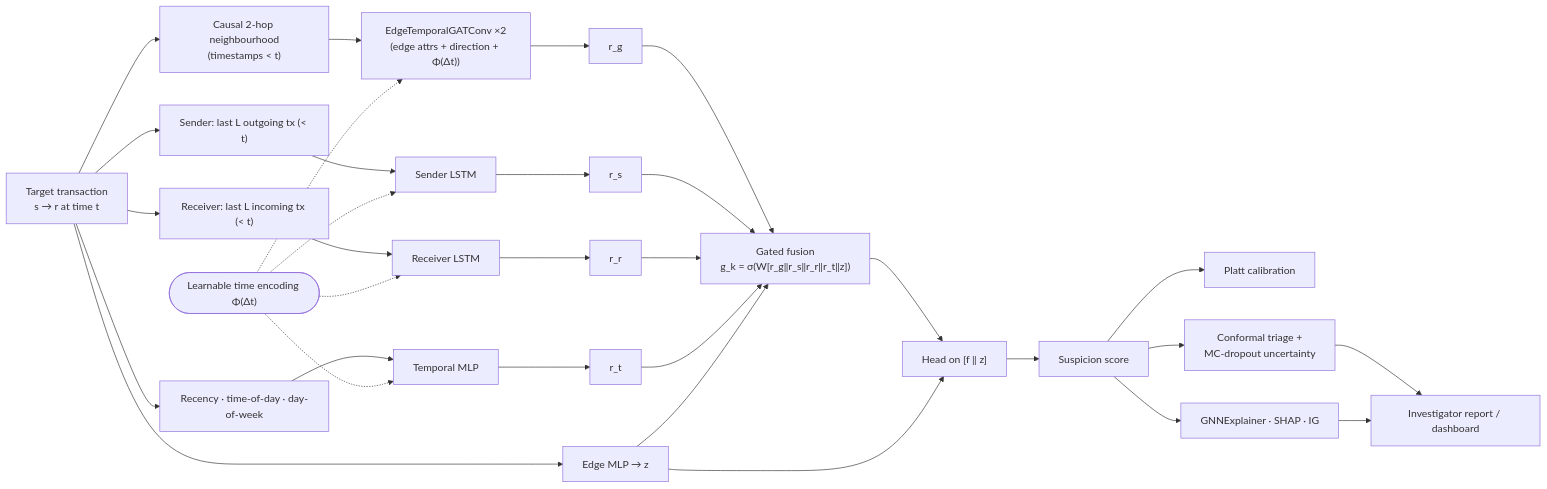
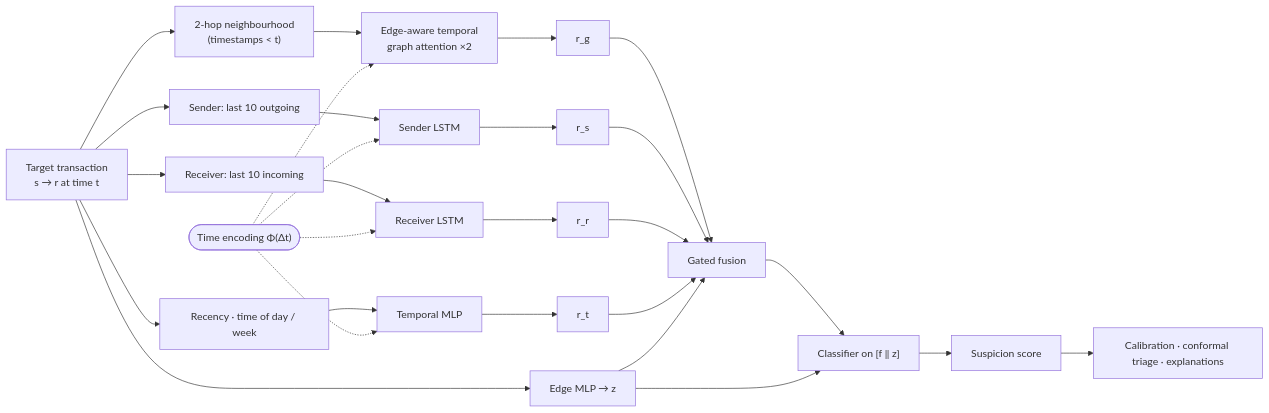
Before and after one commit to YarimaTamang/Anti-Money-Laundering: the second of 2 diagrams in README.md, drawn with Mermaid. The commit also changed other lines of this file and 18 other files, not shown here.

````diff
--- a/README.md
+++ b/README.md
@@ -205,26 +316,12 @@
 ```mermaid
 flowchart LR
     T["Target transaction<br/>s → r at time t"] --> Z["Edge MLP → z"]
-    T --> NB["Causal 2-hop neighbourhood<br/>(timestamps < t)"]
-    T --> HS["Sender: last L outgoing tx (< t)"]
-    T --> HR["Receiver: last L incoming tx (< t)"]
-    T --> TF["Recency · time-of-day · day-of-week"]
-    TE(["Learnable time encoding Φ(Δt)"])
-    NB --> G1["EdgeTemporalGATConv ×2<br/>(edge attrs + direction + Φ(Δt))"]
-    TE -.-> G1
-    G1 --> RG["r_g"]
-    HS --> LS["Sender LSTM"] --> RS["r_s"]
-    HR --> LR["Receiver LSTM"] --> RR["r_r"]
-    TE -.-> LS
-    TE -.-> LR
-    TF --> TM["Temporal MLP"] --> RT["r_t"]
-    TE -.-> TM
-    RG & RS & RR & RT & Z --> GF["Gated fusion<br/>g_k = σ(W[r_g‖r_s‖r_r‖r_t‖z])"]
-    GF --> H["Head on [f ‖ z]"]
+    T --> NB["2-hop neighbourhood<br/>(timestamps < t)"] --> G["Edge-aware temporal<br/>graph attention ×2"] --> RG["r_g"]
+    T --> HS["Sender: last 10 outgoing"] --> LS["Sender LSTM"] --> RS["r_s"]
+    T --> HR["Receiver: last 10 incoming"] --> LR["Receiver LSTM"] --> RR["r_r"]
+    T --> TF["Recency · time of day / week"] --> TM["Temporal MLP"] --> RT["r_t"]
+    TE(["Time encoding Φ(Δt)"]) -.-> G & LS & LR & TM
+    RG & RS & RR & RT & Z --> GF["Gated fusion"] --> H["Classifier on [f ‖ z]"]
     Z --> H
-    H --> P["Suspicion score"]
-    P --> PL["Platt calibration"]
-    P --> CF["Conformal triage +<br/>MC-dropout uncertainty"]
-    P --> XAI["GNNExplainer · SHAP · IG"]
-    CF & XAI --> D["Investigator report / dashboard"]
+    H --> P["Suspicion score"] --> OUT["Calibration · conformal triage · explanations"]
 ```
````
